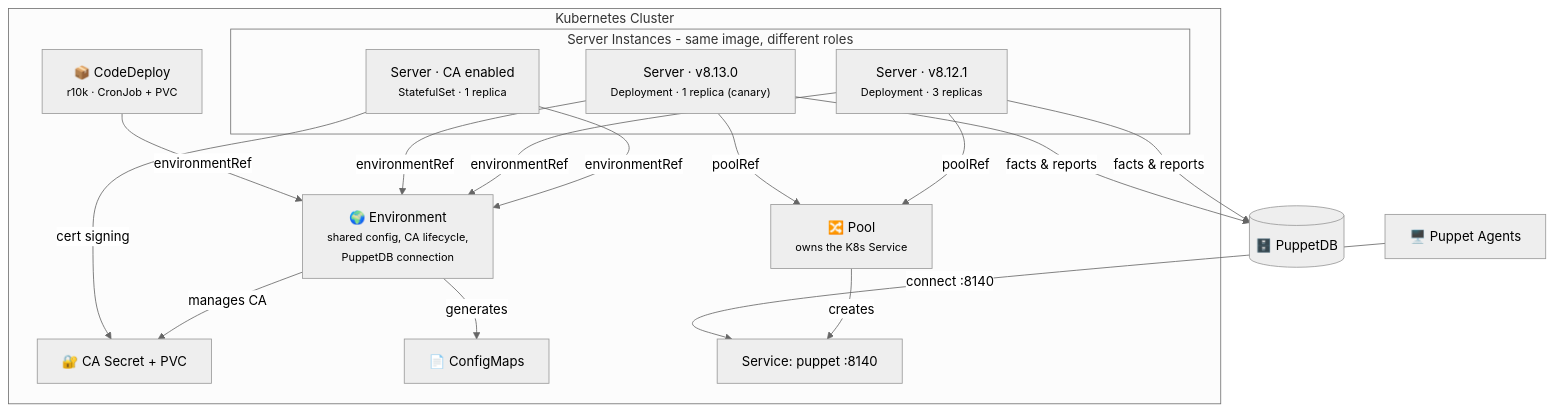
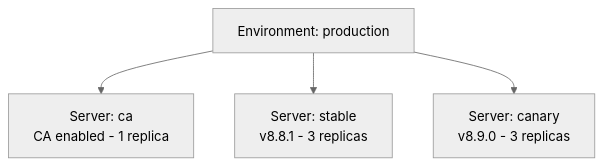
The diagram in README.md (slauger/openvox-operator), drawn with Mermaid (neutral theme) before and after one commit. The commit also changed other lines of this file and 1 other file, not shown here.

First line of the commit message:
docs: slim down README and move roadmap to docs/roadmap.md

````diff
--- a/README.md
+++ b/README.md
@@ -22,31 +22,7 @@
 ```mermaid
-graph TB
-    subgraph cluster ["Kubernetes Cluster"]
-        Env["🌍 Environment<br/><small>shared config, CA lifecycle,<br/>PuppetDB connection</small>"]
-
-        Env -->|manages CA| CASecret["🔐 CA Secret + PVC"]
-        Env -->|generates| CM["📄 ConfigMaps"]
-
-        Pool["🔀 Pool<br/><small>owns the K8s Service</small>"]
-        Pool -->|creates| Svc["Service: puppet :8140"]
-
-        subgraph servers ["Server Instances - same image, different roles"]
-            CA["Server  ·  CA enabled<br/><small>StatefulSet · 1 replica</small>"]
-            V1["Server  ·  v8.12.1<br/><small>Deployment · 3 replicas</small>"]
-            V2["Server  ·  v8.13.0<br/><small>Deployment · 1 replica (canary)</small>"]
-        end
-
-        CA -->|environmentRef| Env
-        V1 -->|environmentRef| Env
-        V2 -->|environmentRef| Env
-        V1 -->|poolRef| Pool
-        V2 -->|poolRef| Pool
-        CA -->|cert signing| CASecret
-
-        CodeDeploy["📦 CodeDeploy<br/><small>r10k · CronJob + PVC</small>"]
-        CodeDeploy -->|environmentRef| Env
-    end
-
-    Agents["🖥️ Puppet Agents"] -->|connect :8140| Svc
-    V1 & V2 -->|facts & reports| PuppetDB[("🗄️ PuppetDB")]
+graph TD
+    Env["Environment: production"]
+    Env --> CA["Server: ca<br/>CA enabled - 1 replica"]
+    Env --> Stable["Server: stable<br/>v8.8.1 - 3 replicas"]
+    Env --> Canary["Server: canary<br/>v8.9.0 - 3 replicas"]
 ```
````
